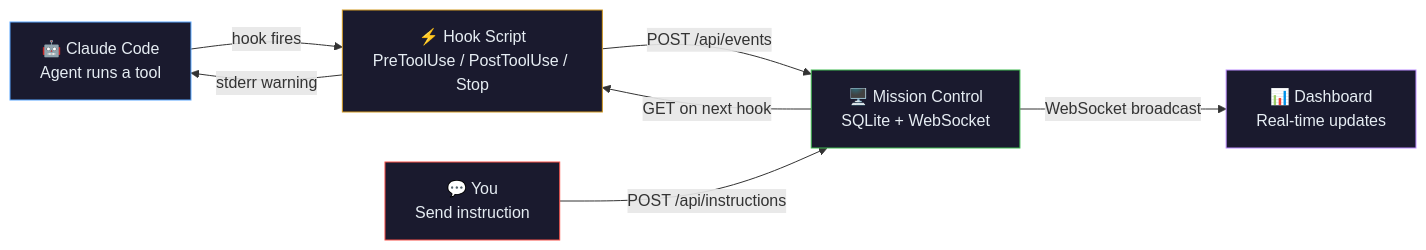
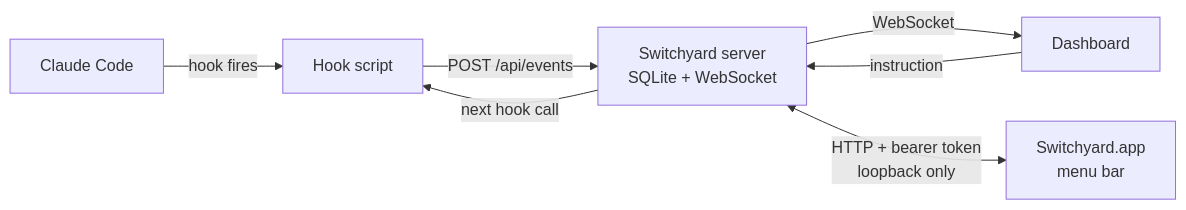
Before and after one commit to cyruspastelero/switchyard: the diagram in README.md, drawn with Mermaid. The commit also changed other lines of this file and 11 other files, not shown here.

````diff
--- a/README.md
+++ b/README.md
@@ -142,21 +94,9 @@
 ```mermaid
 flowchart LR
-    A["🤖 Claude Code<br/>Agent runs a tool"]
-    H["⚡ Hook Script<br/>PreToolUse / PostToolUse / Stop"]
-    S["🖥️ Mission Control<br/>SQLite + WebSocket"]
-    D["📊 Dashboard<br/>Real-time updates"]
-    I["💬 You<br/>Send instruction"]
-
-    A -->|"hook fires"| H
-    H -->|"POST /api/events"| S
-    S -->|"WebSocket broadcast"| D
-    I -->|"POST /api/instructions"| S
-    S -->|"GET on next hook"| H
-    H -->|"stderr warning"| A
-
-    style A fill:#1a1a2e,stroke:#58a6ff,color:#e6edf3
-    style H fill:#1a1a2e,stroke:#d29922,color:#e6edf3
-    style S fill:#1a1a2e,stroke:#3fb950,color:#e6edf3
-    style D fill:#1a1a2e,stroke:#bc8cff,color:#e6edf3
-    style I fill:#1a1a2e,stroke:#f85149,color:#e6edf3
+    A["Claude Code"] -->|"hook fires"| H["Hook script"]
+    H -->|"POST /api/events"| S["Switchyard server<br/>SQLite + WebSocket"]
+    S -->|"WebSocket"| D["Dashboard"]
+    S <-->|"HTTP + bearer token<br/>loopback only"| M["Switchyard.app<br/>menu bar"]
+    D -->|"instruction"| S
+    S -->|"next hook call"| H
 ```
````
